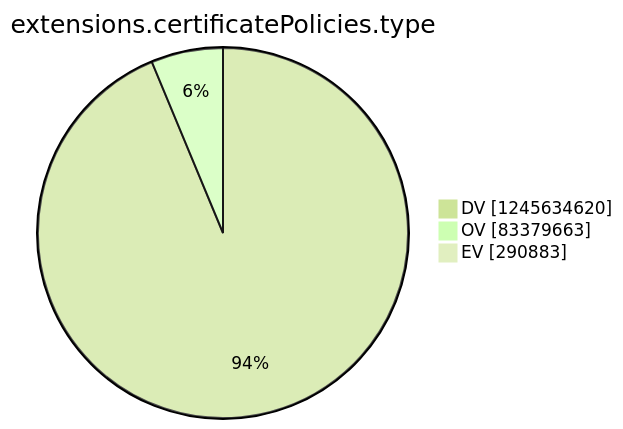
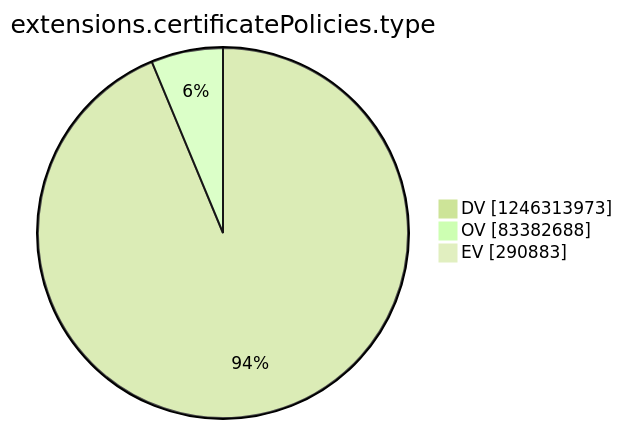
Before and after one commit to christiankrug/ctmonitor_visualization: the tenth of 15 diagrams in argon2022/README.md, drawn with Mermaid (forest theme). The commit also changed other lines of this file, not shown here.

````diff
--- a/argon2022/README.md
+++ b/argon2022/README.md
@@ -2771,7 +2771,7 @@
 ```mermaid
 pie showData
 title extensions.certificatePolicies.type
-"DV" :1245634620
-"OV" :83379663
+"DV" :1246313973
+"OV" :83382688
 "EV" :290883
 ```
````
